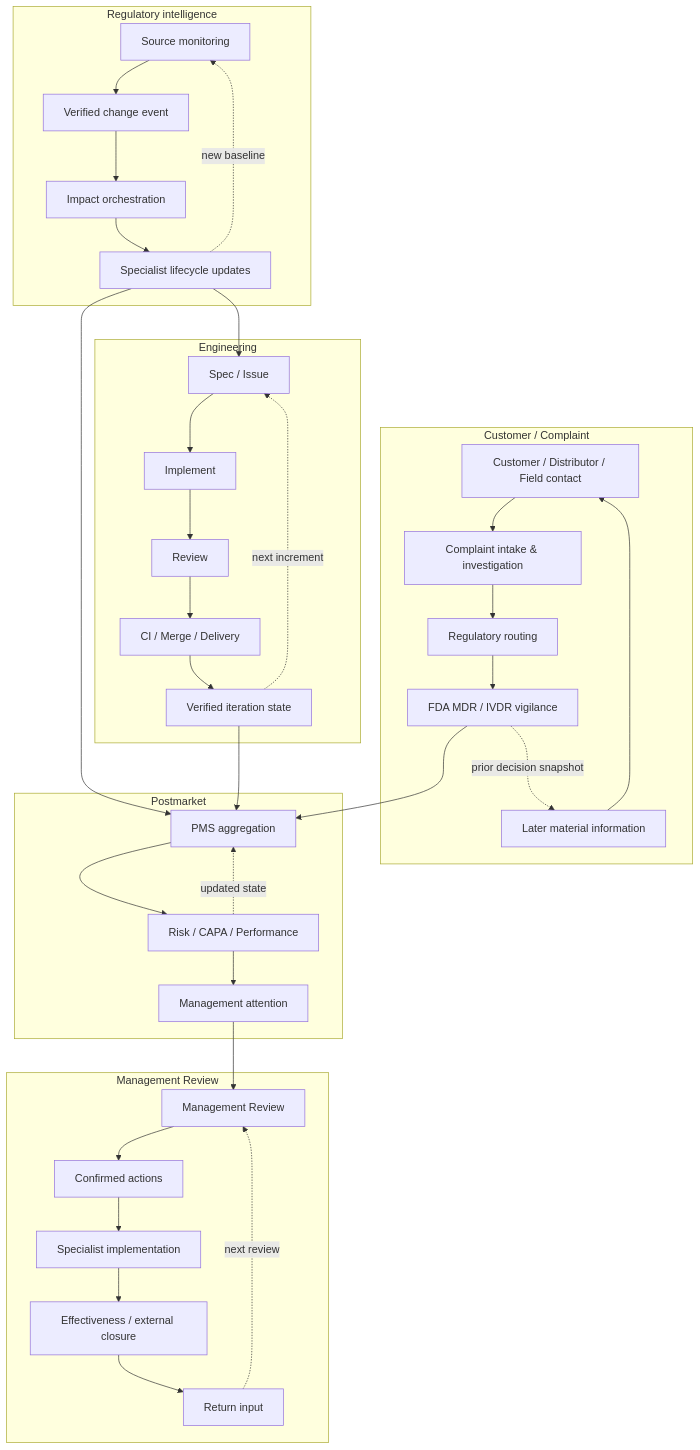
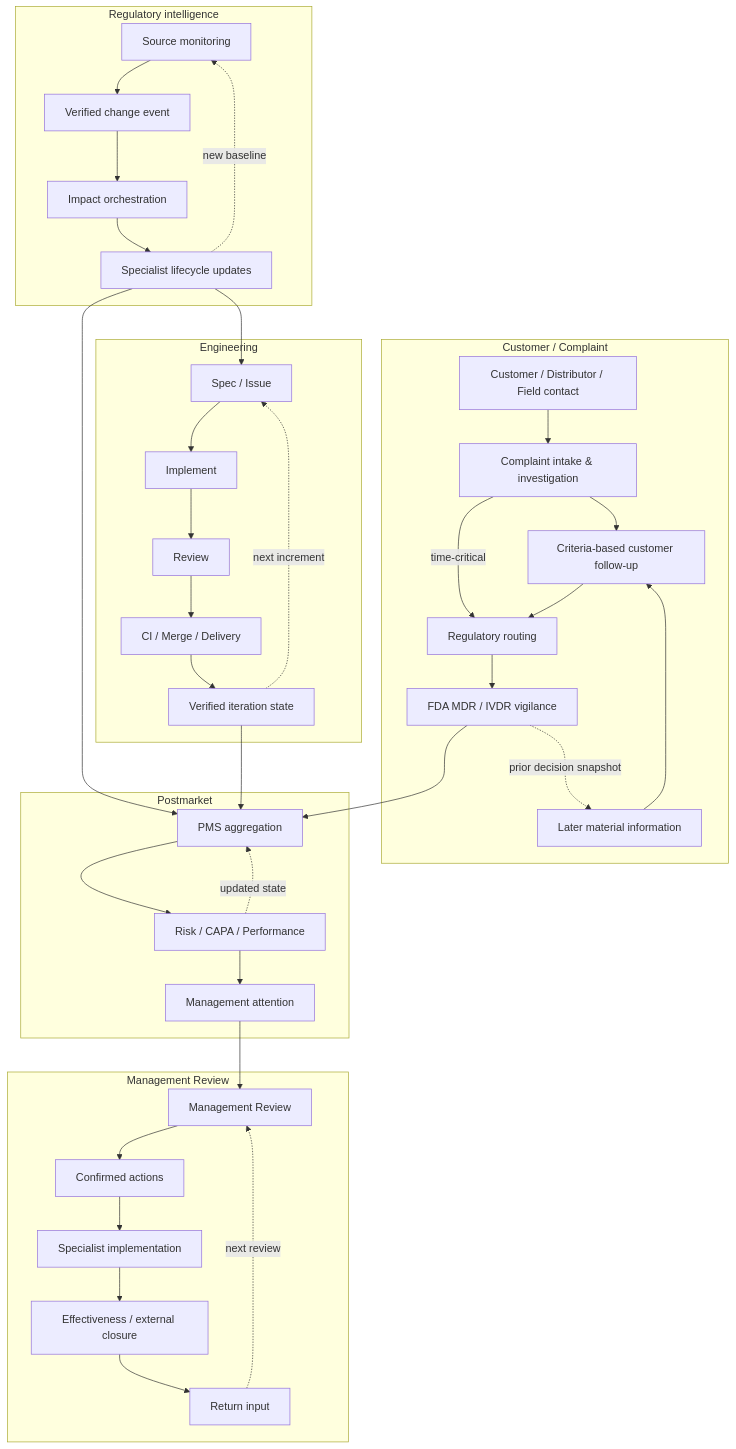
Before and after one commit to GithubLarsKomo/skillz: the sixth of 6 diagrams in docs/SKILL-UNIVERSE.md, drawn with Mermaid. The commit also changed other lines of this file, not shown here.

Commit message:
Add complaint customer follow-up to skill universe

````diff
--- a/docs/SKILL-UNIVERSE.md
+++ b/docs/SKILL-UNIVERSE.md
@@ -349,34 +367,37 @@
 ```mermaid
 flowchart TB
     subgraph ELOOP[Engineering]
         E1[Spec / Issue] --> E2[Implement] --> E3[Review] --> E4[CI / Merge / Delivery] --> E5[Verified iteration state]
         E5 -. next increment .-> E1
     end
 
     subgraph CLOOP[Customer / Complaint]
-        C1[Customer / Distributor / Field contact] --> C2[Complaint intake & investigation] --> C3[Regulatory routing] --> C4[FDA MDR / IVDR vigilance]
+        C1[Customer / Distributor / Field contact] --> C2[Complaint intake & investigation]
+        C2 --> C2F[Criteria-based customer follow-up]
+        C2 -->|time-critical| C3[Regulatory routing]
+        C2F --> C3 --> C4[FDA MDR / IVDR vigilance]
         C4 -. prior decision snapshot .-> C5[Later material information]
-        C5 --> C1
+        C5 --> C2F
     end
 
     subgraph PLOOP[Postmarket]
         P1[PMS aggregation] --> P2[Risk / CAPA / Performance] --> P3[Management attention]
         P2 -. updated state .-> P1
     end
 
     subgraph MLOOP[Management Review]
         M1[Management Review] --> M2[Confirmed actions] --> M3[Specialist implementation] --> M4[Effectiveness / external closure] --> M5[Return input]
         M5 -. next review .-> M1
     end
 
     subgraph RLOOP[Regulatory intelligence]
         R1[Source monitoring] --> R2[Verified change event] --> R3[Impact orchestration] --> R4[Specialist lifecycle updates]
         R4 -. new baseline .-> R1
     end
 
     C4 --> P1
     P3 --> M1
     R4 --> P1
     R4 --> E1
     E5 --> P1
 ```
````
